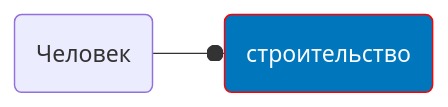
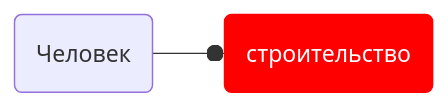
The diagram in test.md (Kostrov2003/FirstSite), drawn with Mermaid before and after one commit.

````diff
--- a/test.md
+++ b/test.md
@@ -1,7 +1,7 @@
 ```mermaid 
 graph LR
-classDef class1 fill:#0076bd,stroke:#FF0000,color:#fbfdfe
+classDef class1 fill:#FF0000,stroke:#FF0000,color:#fbfdfe
 
 A(Человек <br>) --o B(строительство <br>):::class1
 click B "https://habr.com/ru/company/rostelecom/blog/570098/"
 ```
````
